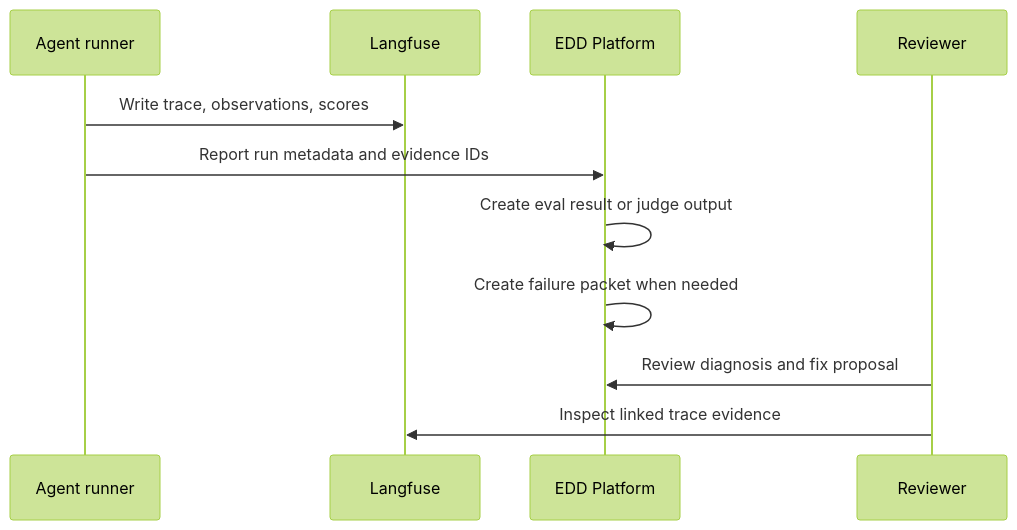
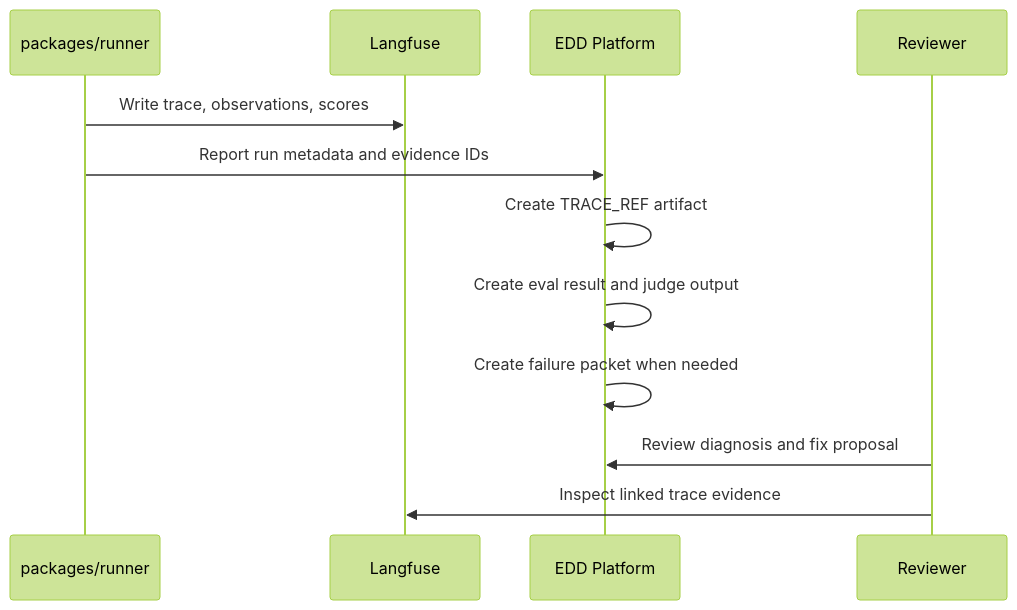
One commit to bfalkowski/edd-platform-docs changed the first of 2 diagrams in docs/architecture/langfuse-integration.mdx. Above: the diagram before and after it, drawn with Mermaid (forest theme). The commit also changed other lines of this file and 13 other files, not shown here.

````diff
--- a/docs/architecture/langfuse-integration.mdx
+++ b/docs/architecture/langfuse-integration.mdx
@@ -29,14 +33,15 @@
 ```mermaid
 sequenceDiagram
-  participant Runner as Agent runner
+  participant Runner as packages/runner
   participant LF as Langfuse
   participant EDD as EDD Platform
   participant Reviewer as Reviewer
 
   Runner->>LF: Write trace, observations, scores
   Runner->>EDD: Report run metadata and evidence IDs
-  EDD->>EDD: Create eval result or judge output
+  EDD->>EDD: Create TRACE_REF artifact
+  EDD->>EDD: Create eval result and judge output
   EDD->>EDD: Create failure packet when needed
   Reviewer->>EDD: Review diagnosis and fix proposal
   Reviewer->>LF: Inspect linked trace evidence
 ```
````
